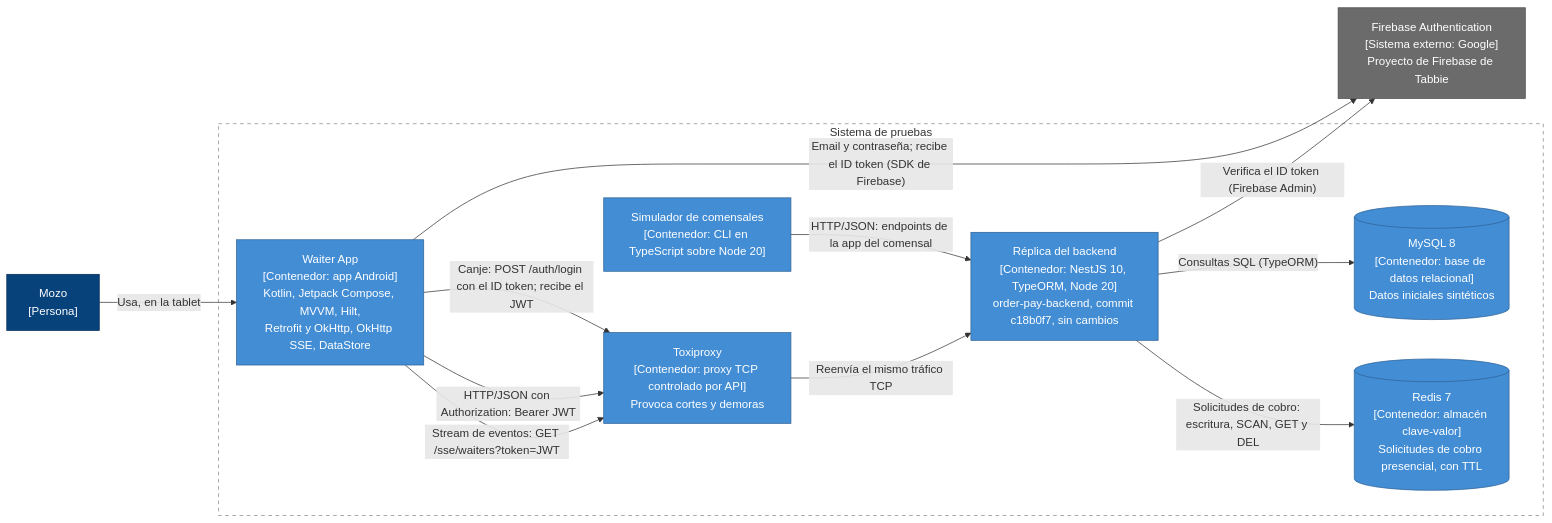
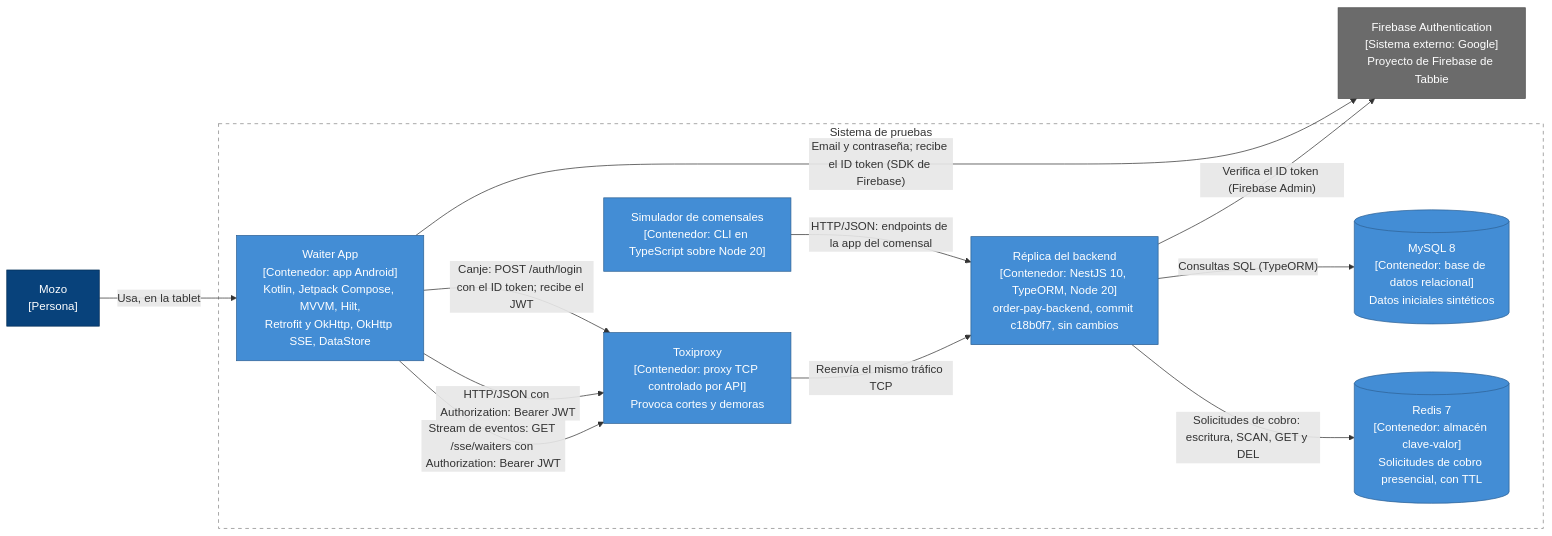
Before and after one commit to MauroUX/tabbie-waiter: the first of 3 diagrams in Readme.md, drawn with Mermaid. The commit also changed other lines of this file and 53 other files, not shown here.

````diff
--- a/Readme.md
+++ b/Readme.md
@@ -108,34 +108,34 @@
 ```mermaid
 flowchart LR
     mozo["Mozo<br/>[Persona]"]
 
     subgraph prueba["Sistema de pruebas"]
         app["Waiter App<br/>[Contenedor: app Android]<br/>Kotlin, Jetpack Compose, MVVM, Hilt,<br/>Retrofit y OkHttp, OkHttp SSE, DataStore"]
         toxi["Toxiproxy<br/>[Contenedor: proxy TCP controlado por API]<br/>Provoca cortes y demoras"]
         replica["Réplica del backend<br/>[Contenedor: NestJS 10, TypeORM, Node 20]<br/>order-pay-backend, commit c18b0f7, sin cambios"]
         mysql[("MySQL 8<br/>[Contenedor: base de datos relacional]<br/>Datos iniciales sintéticos")]
         redis[("Redis 7<br/>[Contenedor: almacén clave-valor]<br/>Solicitudes de cobro presencial, con TTL")]
         sim["Simulador de comensales<br/>[Contenedor: CLI en TypeScript sobre Node 20]"]
     end
 
     firebase["Firebase Authentication<br/>[Sistema externo: Google]<br/>Proyecto de Firebase de Tabbie"]
 
     mozo -->|"Usa, en la tablet"| app
     app -->|"Email y contraseña; recibe el ID token (SDK de Firebase)"| firebase
     app -->|"Canje: POST /auth/login con el ID token; recibe el JWT"| toxi
     app -->|"HTTP/JSON con Authorization: Bearer JWT"| toxi
-    app -->|"Stream de eventos: GET /sse/waiters?token=JWT"| toxi
+    app -->|"Stream de eventos: GET /sse/waiters con Authorization: Bearer JWT"| toxi
     toxi -->|"Reenvía el mismo tráfico TCP"| replica
     replica -->|"Verifica el ID token (Firebase Admin)"| firebase
     replica -->|"Consultas SQL (TypeORM)"| mysql
     replica -->|"Solicitudes de cobro: escritura, SCAN, GET y DEL"| redis
     sim -->|"HTTP/JSON: endpoints de la app del comensal"| replica
 
     classDef persona fill:#08427b,stroke:#052e56,color:#ffffff
     classDef contenedor fill:#438dd5,stroke:#2e6295,color:#ffffff
     classDef externo fill:#6b6b6b,stroke:#4d4d4d,color:#ffffff
     class mozo persona
     class app,toxi,replica,mysql,redis,sim contenedor
     class firebase externo
     style prueba fill:none,stroke:#888888,stroke-dasharray:5 5
 ```
````
